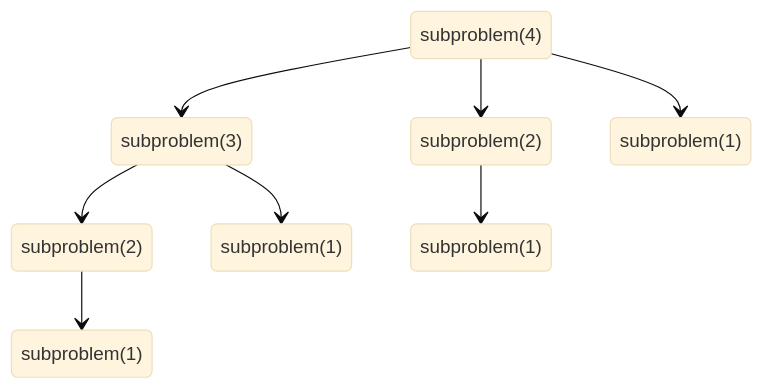
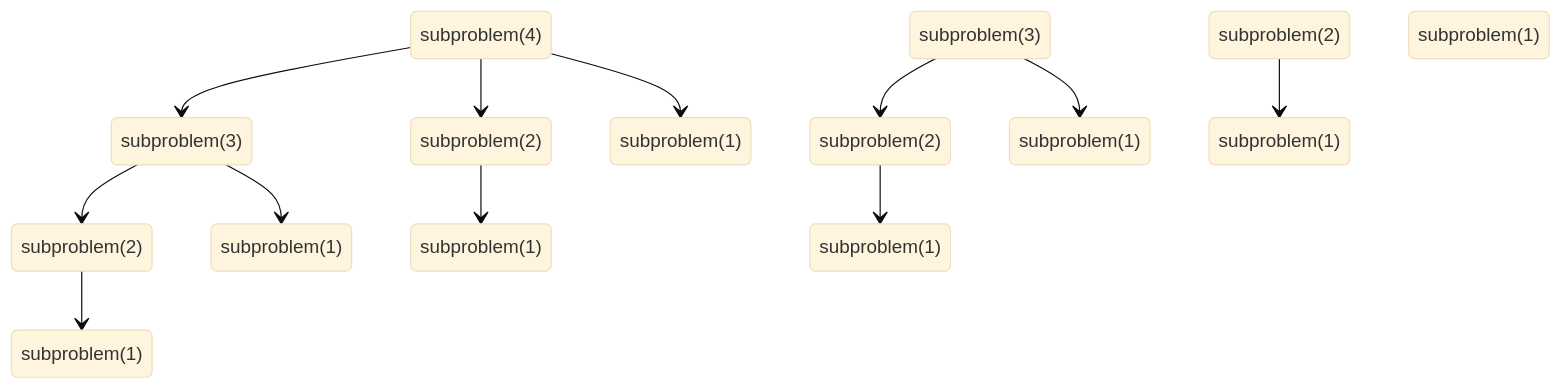
One commit to frankymacster/my-learnings changed the first of 3 diagrams in algorithms-longest-increasing-subsequence.md. Above: the diagram before and after it, drawn with Mermaid (base theme). The commit also changed other lines of this file, not shown here.

````diff
--- a/algorithms-longest-increasing-subsequence.md
+++ b/algorithms-longest-increasing-subsequence.md
@@ -3,22 +3,41 @@
 ```mermaid
+
 stateDiagram-v2
-    A: subproblem(4) 
-    B: subproblem(3)
-    C1: subproblem(2)
-    C2: subproblem(2)
-    D1: subproblem(1)
-    D2: subproblem(1)
-    D3: subproblem(1)
-    D4: subproblem(1)
 
-    A --> D1
-    A --> C1
-    A --> B
+    AA: subproblem(4) 
+    AB: subproblem(3)
+    AC1: subproblem(2)
+    AC2: subproblem(2)
+    AD1: subproblem(1)
+    AD2: subproblem(1)
+    AD3: subproblem(1)
+    AD4: subproblem(1)
 
-    B --> D2
-    B --> C2
+    BB: subproblem(3)
+    BC1: subproblem(2)
+    BC2: subproblem(2)
+    BD1: subproblem(1)
+    BD2: subproblem(1)
+    BD3: subproblem(1)
+    BD4: subproblem(1)
+
+    BB --> BD2
+    BB --> BC2
     
-    C1 --> D3
+    BC1 --> BD3
+
+    BC2 --> BD4
+
+
+
+    AA --> AD1
+    AA --> AC1
+    AA --> AB
+
+    AB --> AD2
+    AB --> AC2
     
-    C2 --> D4
+    AC1 --> AD3
+    
+    AC2 --> AD4
 ```
````
